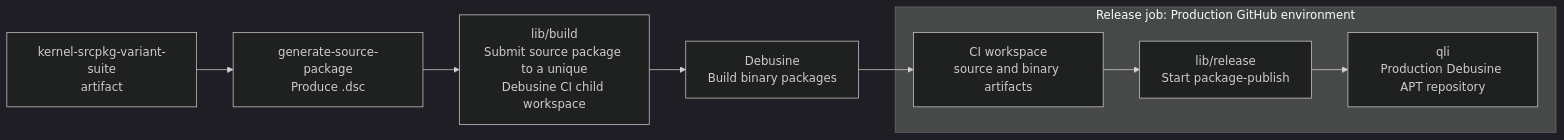
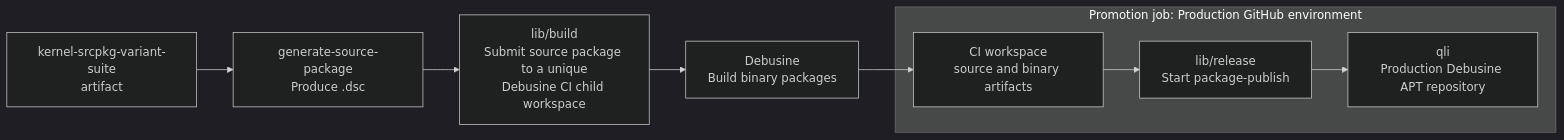
The fifth of 6 diagrams in README.md (qualcomm-linux/pkg-linux-qcom), drawn with Mermaid (dark theme) before and after one commit. The commit also changed other lines of this file and 7 other files, not shown here.

````diff
--- a/README.md
+++ b/README.md
@@ -394,12 +369,12 @@
 ```mermaid
 flowchart LR
     ART["kernel-srcpkg-variant-suite\nartifact"] --> GSP["generate-source-package\nProduce .dsc"]
     GSP --> SUBMIT["lib/build\nSubmit source package to a unique\nDebusine CI child workspace"]
     SUBMIT --> DEB["Debusine\nBuild binary packages"]
     DEB --> WS["CI workspace\nsource and binary artifacts"]
 
-    subgraph release[Release job: Production GitHub environment]
+    subgraph release[Promotion job: Production GitHub environment]
         WS --> PROMOTE["lib/release\nStart package-publish"]
         PROMOTE --> QLI["qli\nProduction Debusine APT repository"]
     end
 ```
````
